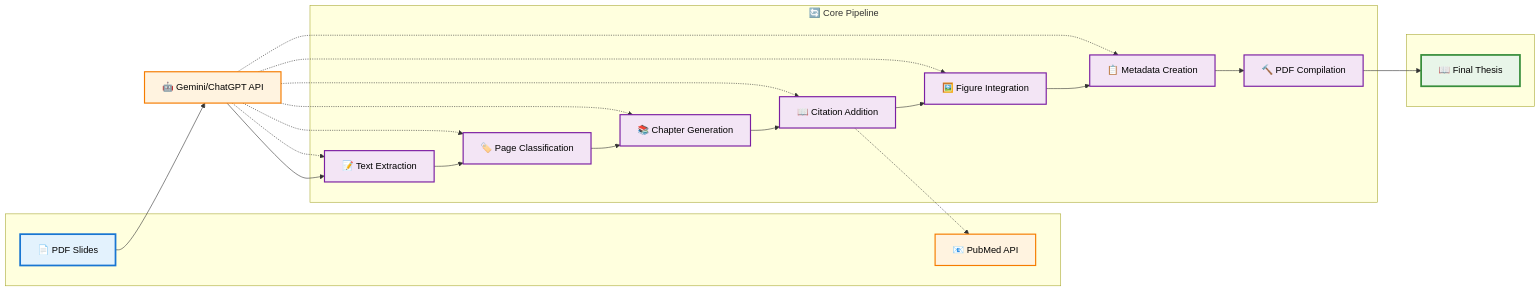
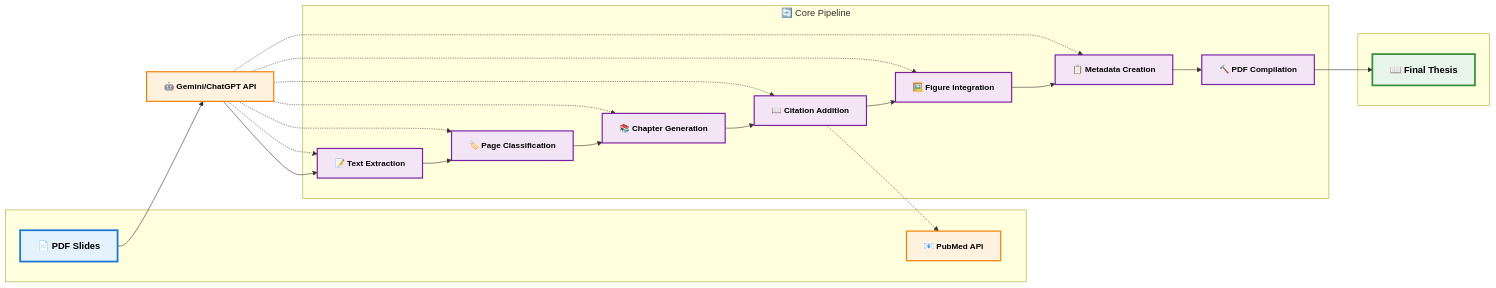
Before and after one commit to ythuang0522/Slide2Thesis: the diagram in README.md, drawn with Mermaid.

Commit message:
Improve flowchart readability with larger font sizes - Increased input/output nodes to 16px bold for better visibility - Set processing steps to 14px bold for improved readability - Enhanced overall diagram accessibility and professional appearance

````diff
--- a/README.md
+++ b/README.md
@@ -19,49 +19,49 @@
 ```mermaid
 flowchart LR
     A[📄 PDF Slides] --> B[🤖 Gemini/ChatGPT API]
     B --> C[📝 Text Extraction]
     C --> D[🏷️ Page Classification]
     D --> E[📚 Chapter Generation]
     E --> F[📖 Citation Addition]
     F --> G[🖼️ Figure Integration]
     G --> H[📋 Metadata Creation]
     H --> I[🔨 PDF Compilation]
     I --> J[📖 Final Thesis]
 
     subgraph inputs [" "]
         A
         K[📧 PubMed API]
     end
 
     subgraph processing ["🔄 Core Pipeline"]
         C
         D
         E
         F
         G
         H
         I
     end
 
     subgraph outputs [" "]
         J
     end
 
     F -.-> K
     B -.-> C
     B -.-> D
     B -.-> E
     B -.-> F
     B -.-> G
     B -.-> H
 
-    classDef inputStyle fill:#e3f2fd,stroke:#1976d2,stroke-width:3px,color:#000
-    classDef processStyle fill:#f3e5f5,stroke:#7b1fa2,stroke-width:2px,color:#000
-    classDef outputStyle fill:#e8f5e9,stroke:#388e3c,stroke-width:3px,color:#000
-    classDef apiStyle fill:#fff3e0,stroke:#f57c00,stroke-width:2px,color:#000
+    classDef inputStyle fill:#e3f2fd,stroke:#1976d2,stroke-width:3px,color:#000,font-size:16px,font-weight:bold
+    classDef processStyle fill:#f3e5f5,stroke:#7b1fa2,stroke-width:2px,color:#000,font-size:14px,font-weight:bold
+    classDef outputStyle fill:#e8f5e9,stroke:#388e3c,stroke-width:3px,color:#000,font-size:16px,font-weight:bold
+    classDef apiStyle fill:#fff3e0,stroke:#f57c00,stroke-width:2px,color:#000,font-size:14px,font-weight:bold
 
     class A inputStyle
     class C,D,E,F,G,H,I processStyle
     class J outputStyle
     class B,K apiStyle
 ```
````
